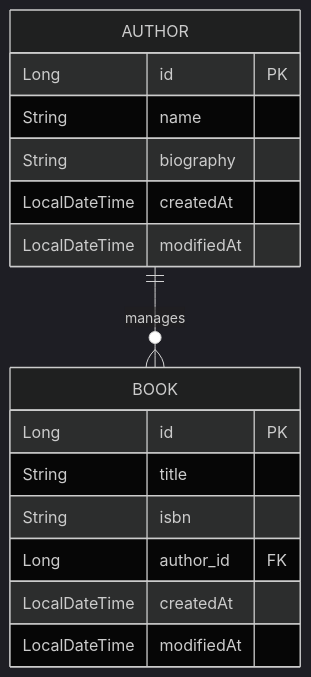
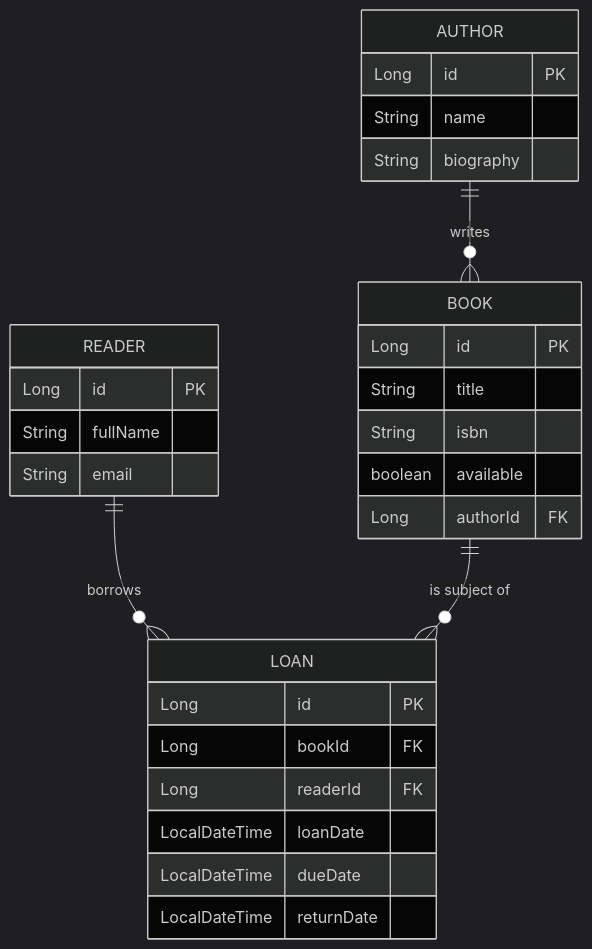
Before and after one commit to mgrablo/BiblioNode: the diagram in README.md, drawn with Mermaid (dark theme). The commit also changed other lines of this file, not shown here.

Commit message:
docs: update README with table of contents, enhance database schema, and revise key features

````diff
--- a/README.md
+++ b/README.md
@@ -14,19 +27,32 @@
 ```mermaid
 erDiagram
-    AUTHOR ||--o{ BOOK : "manages"
-    AUTHOR {
-        Long id PK
-        String name
-        String biography
-        LocalDateTime createdAt
-        LocalDateTime modifiedAt
-    }
-    BOOK {
-        Long id PK
-        String title
-        String isbn
-        Long author_id FK
-        LocalDateTime createdAt
-        LocalDateTime modifiedAt
-    }
+   AUTHOR ||--o{ BOOK : "writes"
+   READER ||--o{ LOAN : "borrows"
+   BOOK ||--o{ LOAN : "is subject of"
+
+   AUTHOR {
+      Long id PK
+      String name
+      String biography
+   }
+   BOOK {
+      Long id PK
+      String title
+      String isbn
+      boolean available
+      Long authorId FK
+   }
+   READER {
+      Long id PK
+      String fullName
+      String email
+   }
+   LOAN {
+      Long id PK
+      Long bookId FK
+      Long readerId FK
+      LocalDateTime loanDate
+      LocalDateTime dueDate
+      LocalDateTime returnDate
+   }
 ```
````
